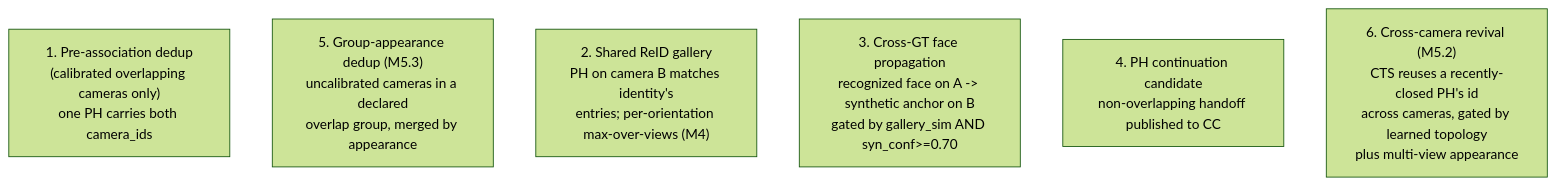
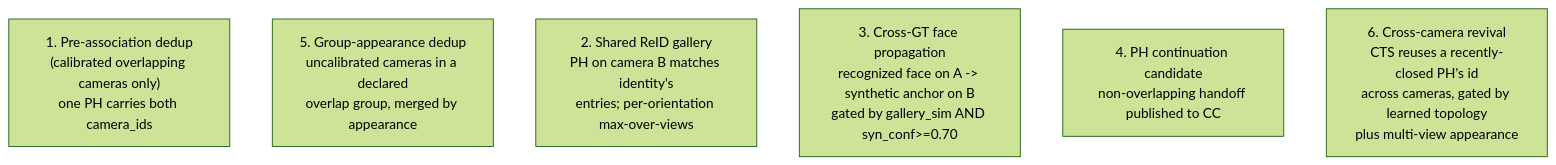
One commit to SilverMind-Project/continuous-tracking changed the fourth of 4 diagrams in docs/systems-architecture.md. Above: the diagram before and after it, drawn with Mermaid (forest theme). The commit also changed other lines of this file and 64 other files, not shown here.

````diff
--- a/docs/systems-architecture.md
+++ b/docs/systems-architecture.md
@@ -69,9 +69,9 @@
 ```mermaid
 flowchart TD
   d["1. Pre-association dedup\n(calibrated overlapping cameras only)\none PH carries both camera_ids"]
-  e["5. Group-appearance dedup (M5.3)\nuncalibrated cameras in a declared\noverlap group, merged by appearance"]
-  g["2. Shared ReID gallery\nPH on camera B matches identity's\nentries; per-orientation max-over-views (M4)"]
+  e["5. Group-appearance dedup\nuncalibrated cameras in a declared\noverlap group, merged by appearance"]
+  g["2. Shared ReID gallery\nPH on camera B matches identity's\nentries; per-orientation max-over-views"]
   p["3. Cross-GT face propagation\nrecognized face on A -> synthetic anchor on B\ngated by gallery_sim AND syn_conf>=0.70"]
   c["4. PH continuation candidate\nnon-overlapping handoff published to CC"]
-  r["6. Cross-camera revival (M5.2)\nCTS reuses a recently-closed PH's id\nacross cameras, gated by learned topology\nplus multi-view appearance"]
+  r["6. Cross-camera revival\nCTS reuses a recently-closed PH's id\nacross cameras, gated by learned topology\nplus multi-view appearance"]
 ```
````
